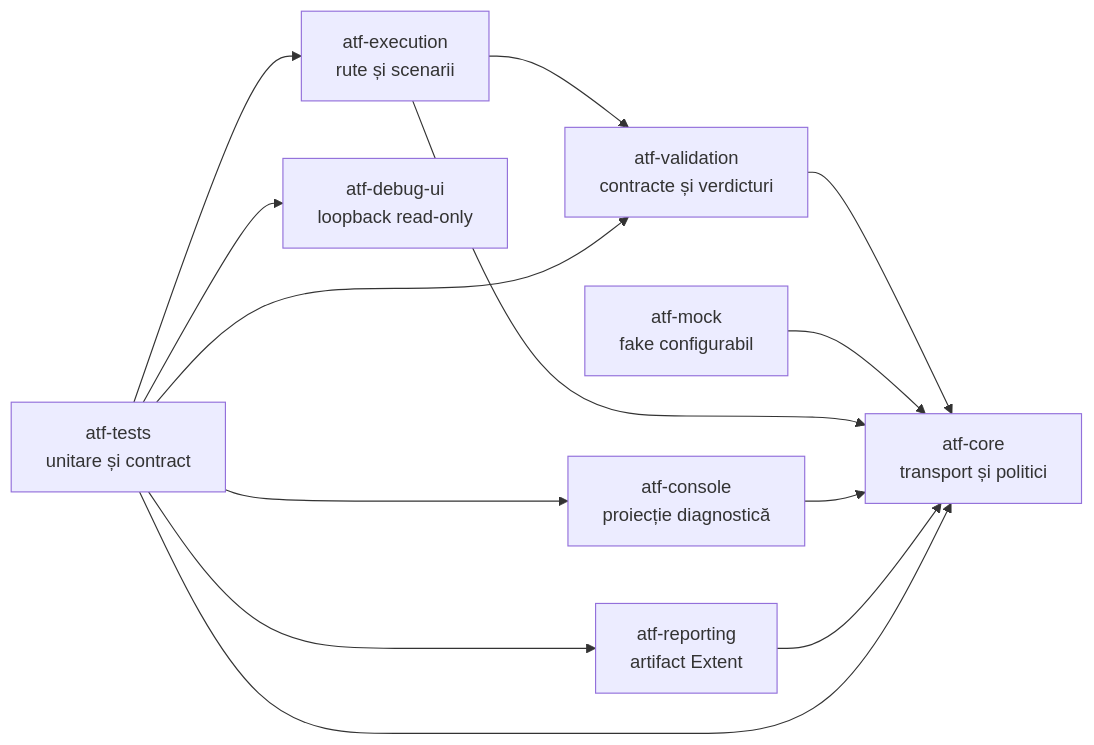
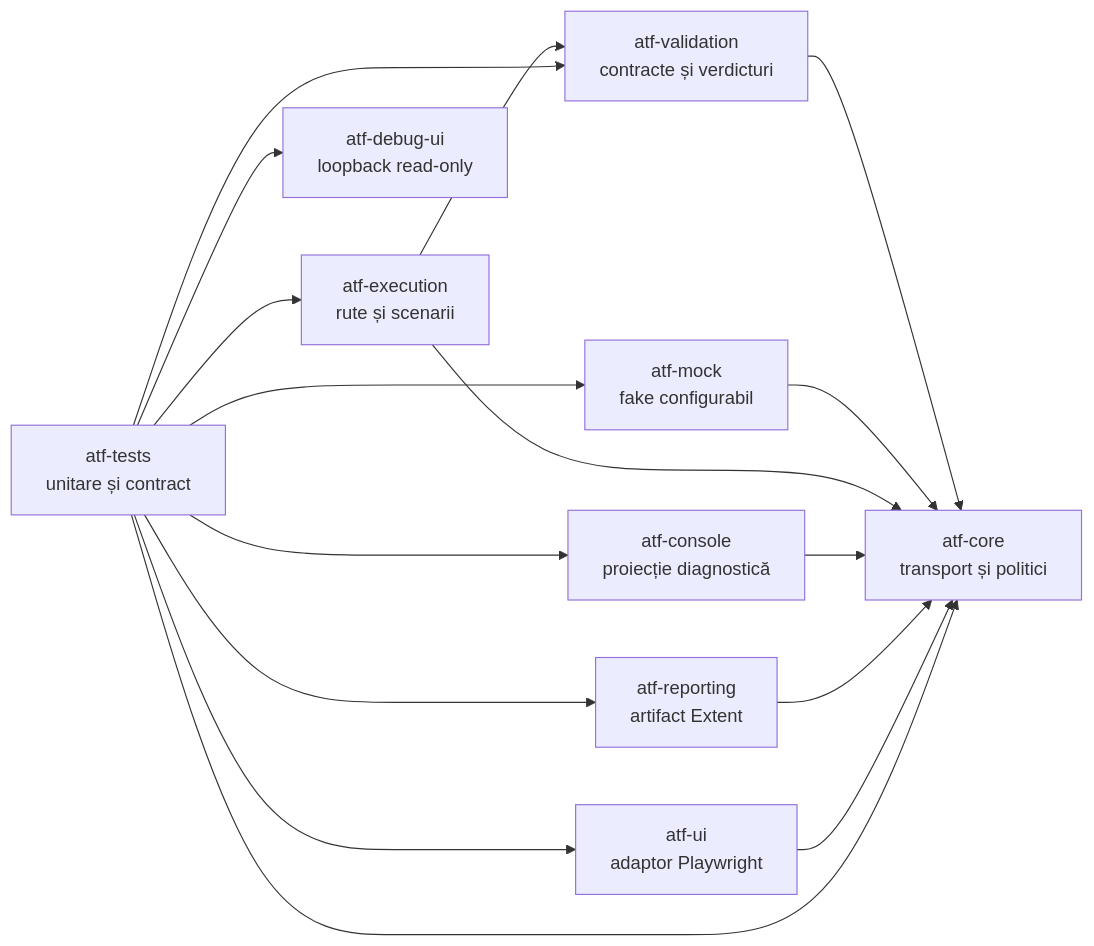
One commit to crististefanita/demo2 changed the first of 7 diagrams in docs/ATF_Architecture.md. Above: the diagram before and after it, drawn with Mermaid. The commit also changed other lines of this file and 51 other files, not shown here.

```diff
--- a/docs/ATF_Architecture.md
+++ b/docs/ATF_Architecture.md
@@ -7,16 +7,19 @@
 ~~~mermaid
 flowchart LR
     Validation[atf-validation<br/>contracte și verdicturi] --> Core[atf-core<br/>transport și politici]
     Mock[atf-mock<br/>fake configurabil] --> Core
     Execution[atf-execution<br/>rute și scenarii] --> Validation
     Execution --> Core
     Console[atf-console<br/>proiecție diagnostică] --> Core
     Reporting[atf-reporting<br/>artifact Extent] --> Core
+    Ui[atf-ui<br/>adaptor Playwright] --> Core
     DebugUi[atf-debug-ui<br/>loopback read-only]
     Tests[atf-tests<br/>unitare și contract] --> Execution
+    Tests --> Mock
     Tests --> Validation
     Tests --> Console
     Tests --> Reporting
+    Tests --> Ui
     Tests --> DebugUi
     Tests --> Core
 ~~~
```
